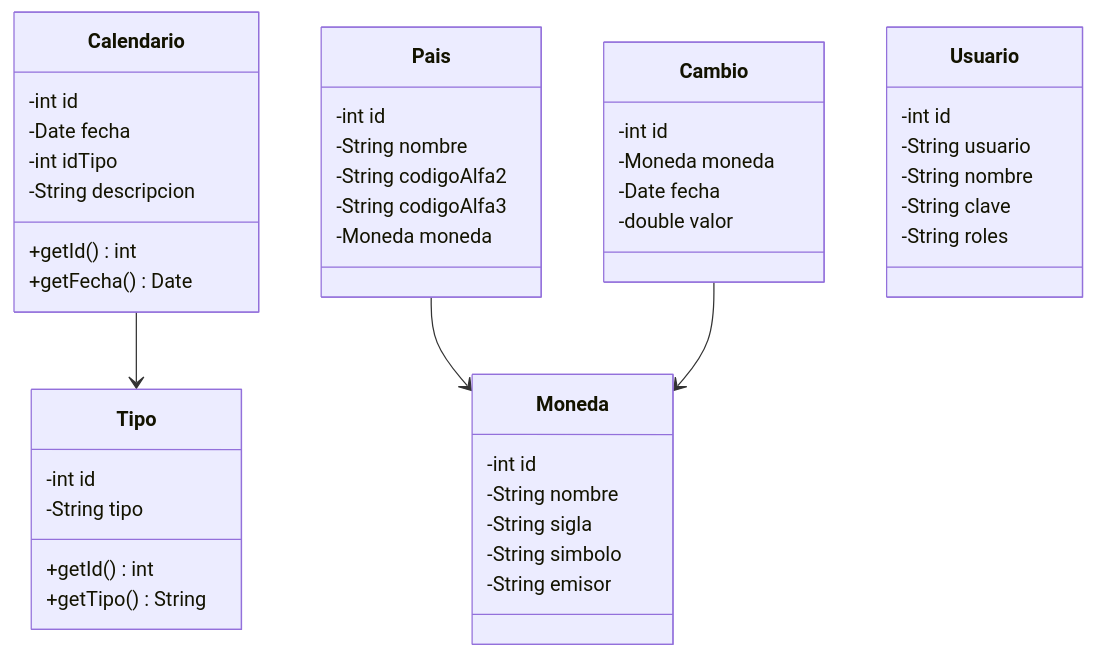
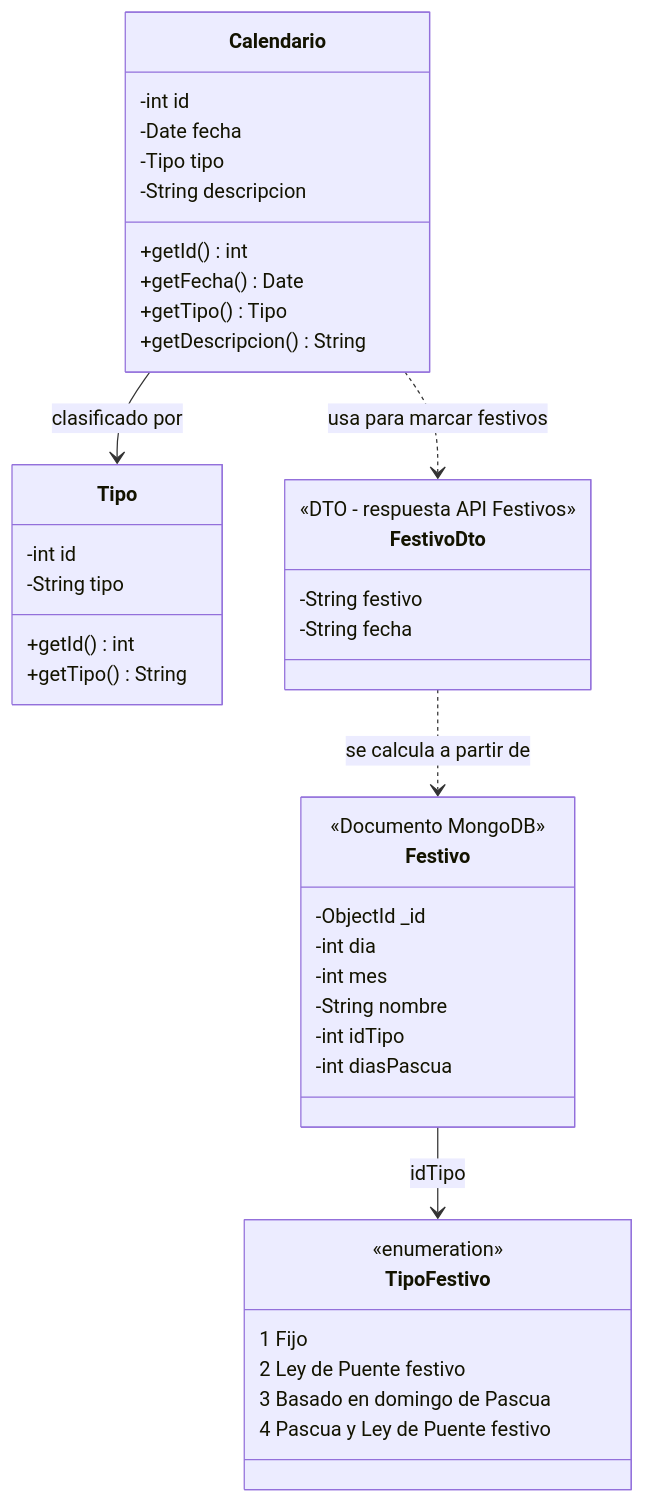
Before and after one commit to Nelsonsalgado123/arquitectura2: the diagram in examen 1/diagramas/diagrama-objetual.mmd, drawn with Mermaid. The commit also changed 15 other files, not shown here.

Commit message:
Corrección diagramas Taller 1 y entrega Examen

```diff
--- a/examen 1/diagramas/diagrama-objetual.mmd
+++ b/examen 1/diagramas/diagrama-objetual.mmd
@@ -1,51 +1,49 @@
 classDiagram
+    %% ===== API Festivos (MongoDB) =====
+    class Festivo {
+        <<Documento MongoDB>>
+        -ObjectId _id
+        -int dia
+        -int mes
+        -String nombre
+        -int idTipo
+        -int diasPascua
+    }
+
+    class TipoFestivo {
+        <<enumeration>>
+        1 Fijo
+        2 Ley de Puente festivo
+        3 Basado en domingo de Pascua
+        4 Pascua y Ley de Puente festivo
+    }
+
+    %% ===== API Calendario (PostgreSQL) =====
     class Tipo {
         -int id
         -String tipo
         +getId() int
         +getTipo() String
     }
-    
+
     class Calendario {
         -int id
         -Date fecha
-        -int idTipo
+        -Tipo tipo
         -String descripcion
         +getId() int
         +getFecha() Date
-    }
-    
-    class Moneda {
-        -int id
-        -String nombre
-        -String sigla
-        -String simbolo
-        -String emisor
-    }
-    
-    class Pais {
-        -int id
-        -String nombre
-        -String codigoAlfa2
-        -String codigoAlfa3
-        -Moneda moneda
-    }
-    
-    class Cambio {
-        -int id
-        -Moneda moneda
-        -Date fecha
-        -double valor
+        +getTipo() Tipo
+        +getDescripcion() String
     }
 
-    class Usuario {
-        -int id
-        -String usuario
-        -String nombre
-        -String clave
-        -String roles
+    class FestivoDto {
+        <<DTO - respuesta API Festivos>>
+        -String festivo
+        -String fecha
     }
 
-    Pais --> Moneda
-    Cambio --> Moneda
-    Calendario --> Tipo
+    Festivo --> TipoFestivo : idTipo
+    Calendario --> Tipo : clasificado por
+    FestivoDto ..> Festivo : se calcula a partir de
+    Calendario ..> FestivoDto : usa para marcar festivos
```
